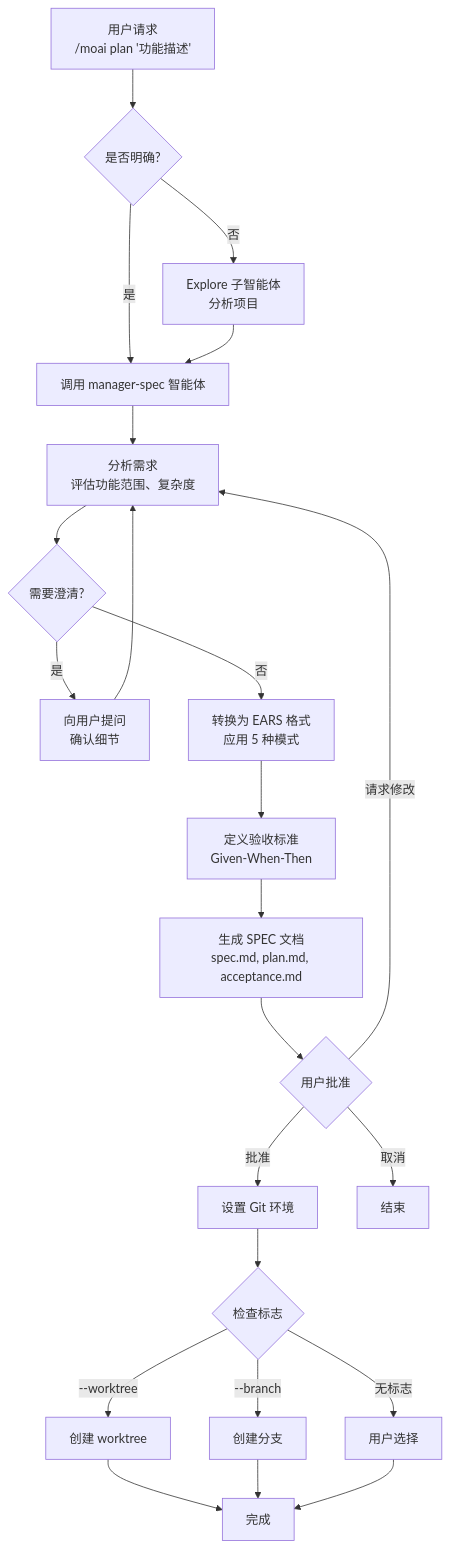
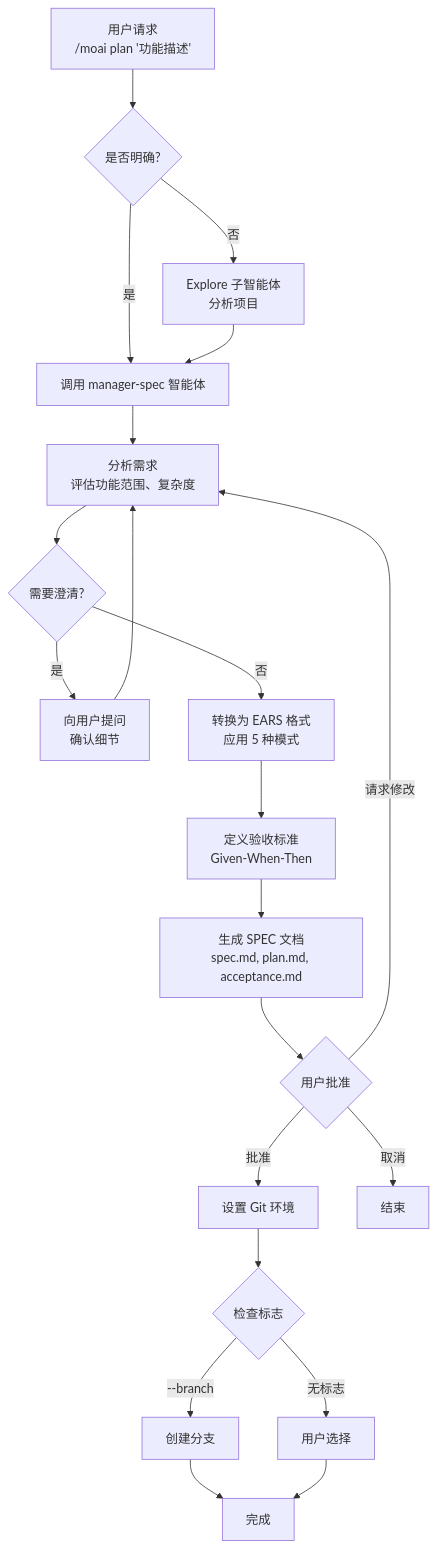
Before and after one commit to modu-ai/moai-adk: the first of 2 diagrams in docs-site/content/zh/workflow-commands/moai-plan.md, drawn with Mermaid. The commit also changed other lines of this file and 10 other files, not shown here.

````diff
--- a/docs-site/content/zh/workflow-commands/moai-plan.md
+++ b/docs-site/content/zh/workflow-commands/moai-plan.md
@@ -115,25 +113,23 @@
 ```mermaid
 flowchart TD
     A["用户请求<br/>/moai plan '功能描述'"] --> B{是否明确?}
     B -->|否| C["Explore 子智能体<br/>分析项目"]
     B -->|是| D["调用 manager-spec 智能体"]
     C --> D
     D --> E["分析需求<br/>评估功能范围、复杂度"]
     E --> F{"需要澄清?"}
     F -->|是| G["向用户提问<br/>确认细节"]
     G --> E
     F -->|否| H["转换为 EARS 格式<br/>应用 5 种模式"]
     H --> I["定义验收标准<br/>Given-When-Then"]
     I --> J["生成 SPEC 文档<br/>spec.md, plan.md, acceptance.md"]
     J --> K{"用户批准"}
     K -->|批准| L["设置 Git 环境"]
     K -->|请求修改| E
     K -->|取消| M["结束"]
     L --> N{"检查标志"}
-    N -->|--worktree| O["创建 worktree"]
     N -->|--branch| P["创建分支"]
     N -->|无标志| Q["用户选择"]
-    O --> R["完成"]
-    P --> R
+    P --> R["完成"]
     Q --> R
 ```
````
